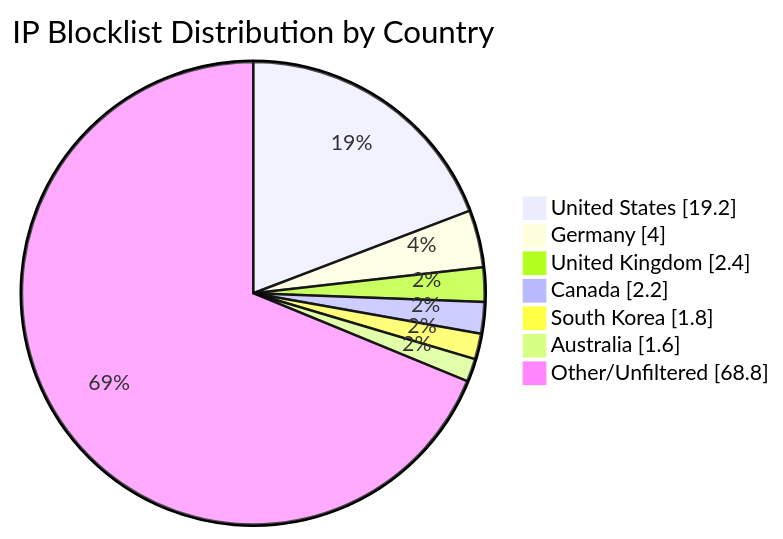
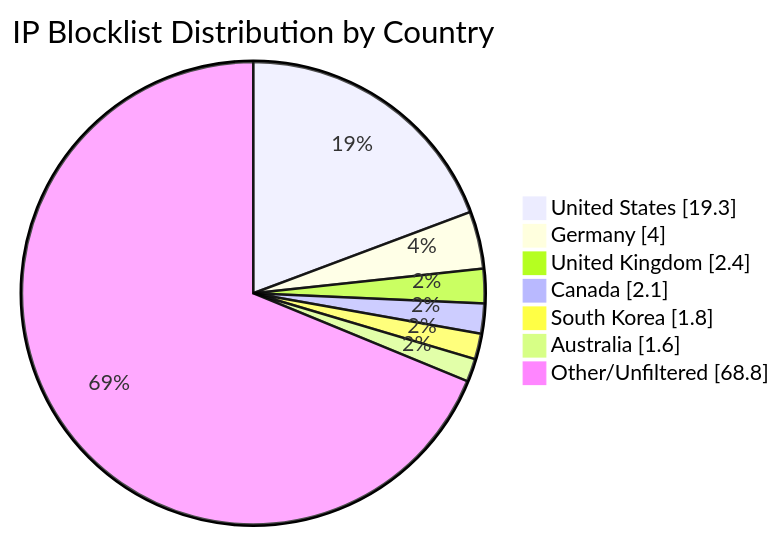
The diagram in README.md (MarcusHoltz/ipblocklist-geofiltered-aggregator), drawn with Mermaid before and after one commit. The commit also changed other lines of this file and 9 other files, not shown here.

````diff
--- a/README.md
+++ b/README.md
@@ -34,10 +34,10 @@
 ```mermaid
 pie showData title IP Blocklist Distribution by Country
-"United States" : 19.2
+"United States" : 19.3
 "Germany" : 4.0
 "United Kingdom" : 2.4
-"Canada" : 2.2
+"Canada" : 2.1
 "South Korea" : 1.8
 "Australia" : 1.6
 "Other/Unfiltered" : 68.8
 ```
````
